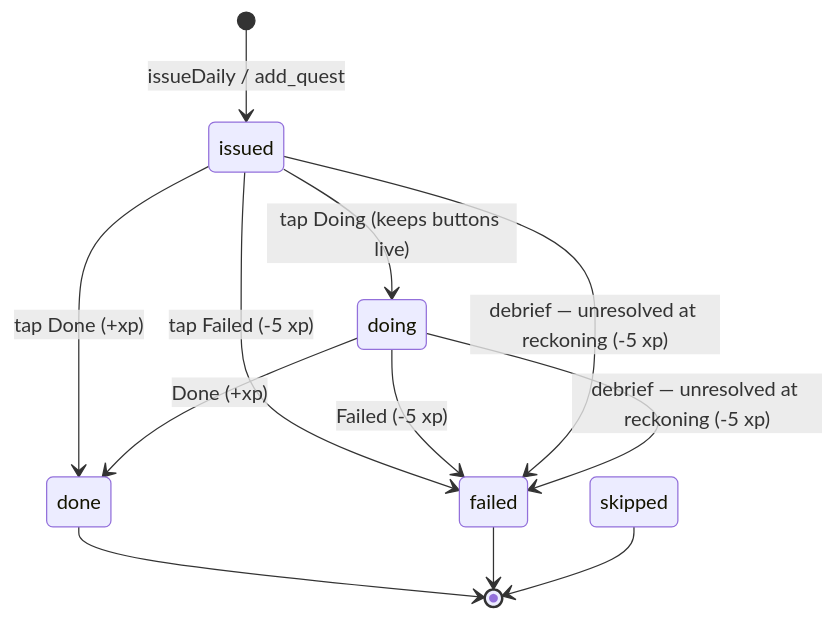
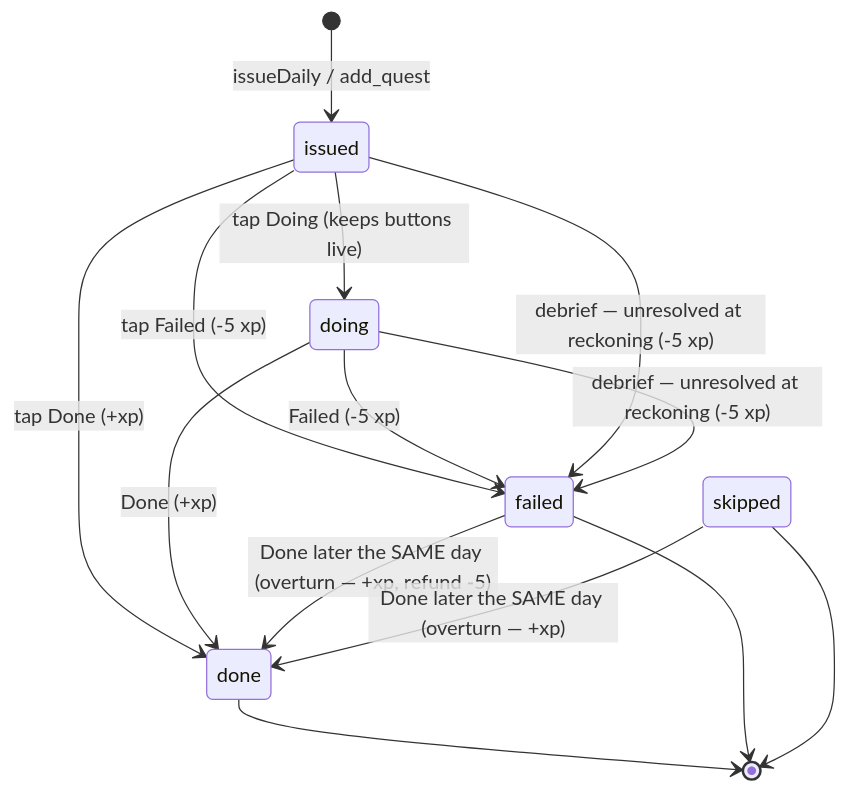
One commit to saquibjawedbit/grabber changed the second of 4 diagrams in docs/05-the-system.md. Above: the diagram before and after it, drawn with Mermaid. The commit also changed other lines of this file and 7 other files, not shown here.

````diff
--- a/docs/05-the-system.md
+++ b/docs/05-the-system.md
@@ -50,14 +50,16 @@
 ```mermaid
 stateDiagram-v2
   [*] --> issued: issueDaily / add_quest
   issued --> doing: tap Doing (keeps buttons live)
   issued --> done: tap Done (+xp)
   issued --> failed: tap Failed (-5 xp)
   doing --> done: Done (+xp)
   doing --> failed: Failed (-5 xp)
   issued --> failed: debrief — unresolved at reckoning (-5 xp)
   doing --> failed: debrief — unresolved at reckoning (-5 xp)
+  failed --> done: Done later the SAME day (overturn — +xp, refund -5)
+  skipped --> done: Done later the SAME day (overturn — +xp)
   done --> [*]
   failed --> [*]
   skipped --> [*]
 ```
````
